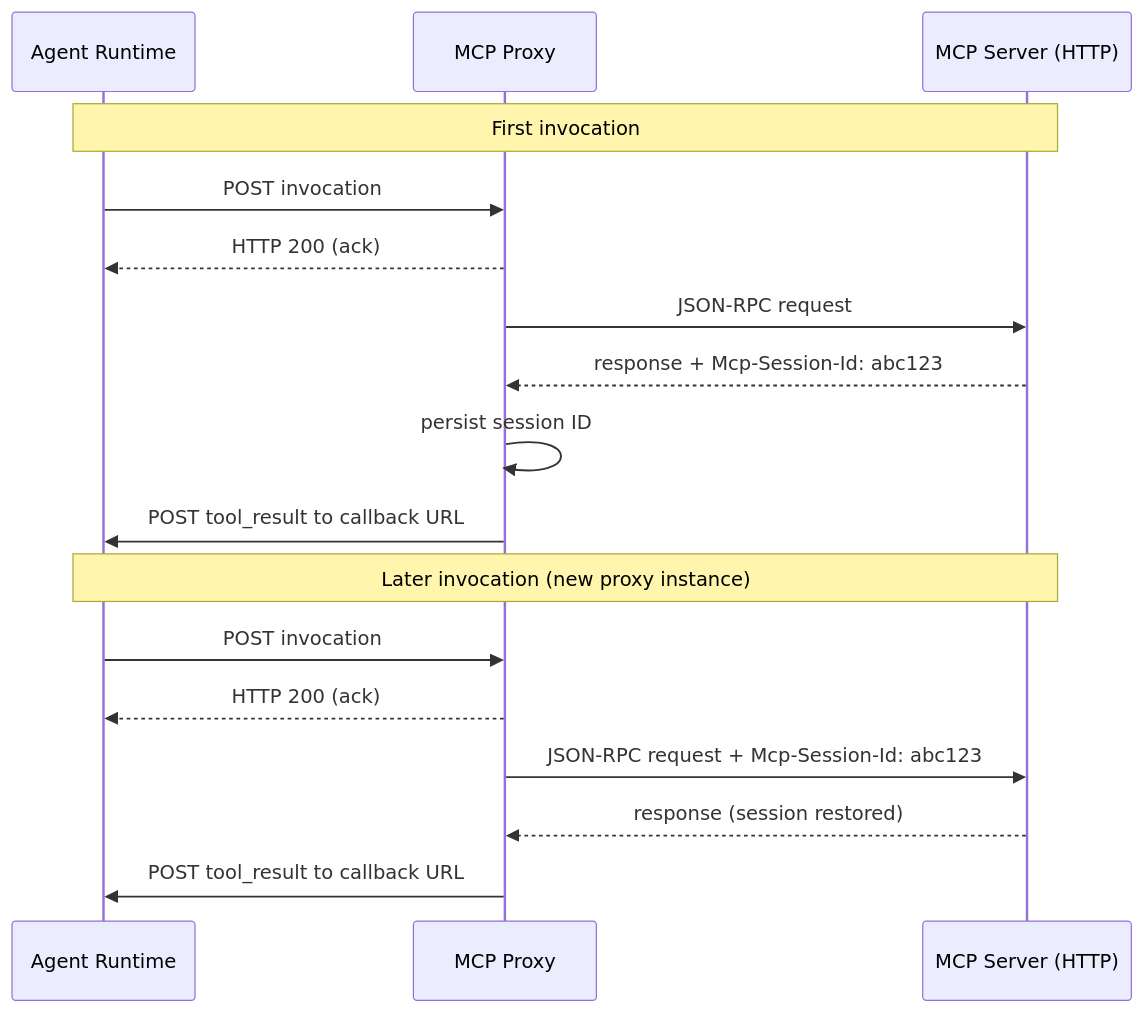
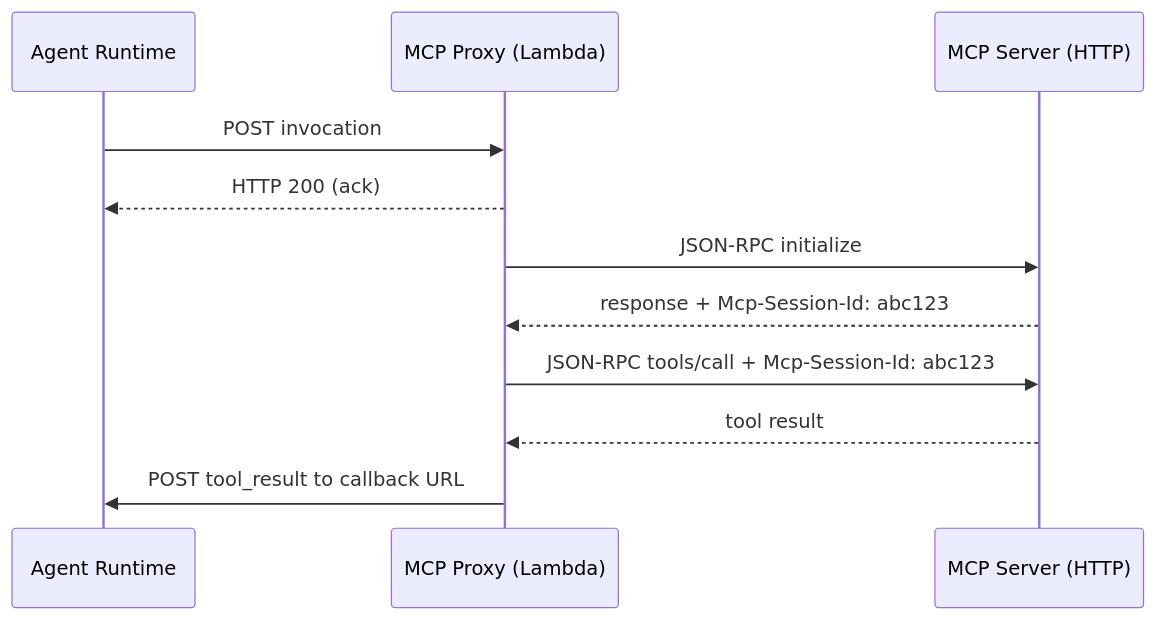
The second of 2 diagrams in docs/docs/rap/about/mcp-compatibility.md (hydro-project/infinity), drawn with Mermaid before and after one commit. The commit also changed other lines of this file and 13 other files, not shown here.

````diff
--- a/docs/docs/rap/about/mcp-compatibility.md
+++ b/docs/docs/rap/about/mcp-compatibility.md
@@ -79,23 +83,14 @@
 ```mermaid
 sequenceDiagram
     participant R as Agent Runtime
-    participant P as MCP Proxy
+    participant P as MCP Proxy (Lambda)
     participant M as MCP Server (HTTP)
-
-    Note over R,M: First invocation
 
     R->>P: POST invocation
     P-->>R: HTTP 200 (ack)
-    P->>M: JSON-RPC request
+    P->>M: JSON-RPC initialize
     M-->>P: response + Mcp-Session-Id: abc123
-    P->>P: persist session ID
-    P->>R: POST tool_result to callback URL
-
-    Note over R,M: Later invocation (new proxy instance)
-
-    R->>P: POST invocation
-    P-->>R: HTTP 200 (ack)
-    P->>M: JSON-RPC request + Mcp-Session-Id: abc123
-    M-->>P: response (session restored)
+    P->>M: JSON-RPC tools/call + Mcp-Session-Id: abc123
+    M-->>P: tool result
     P->>R: POST tool_result to callback URL
 ```
````
